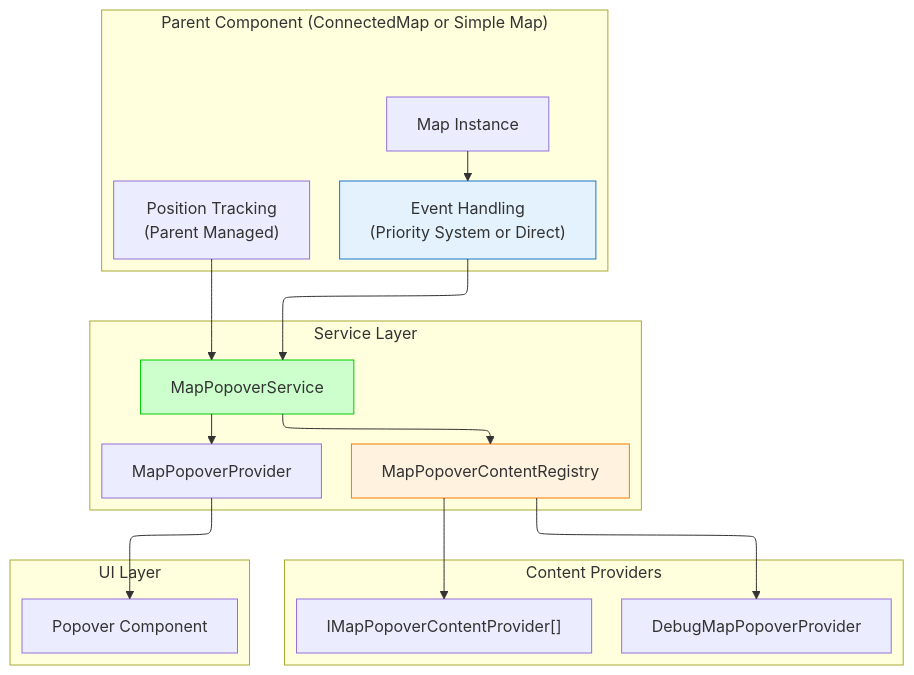
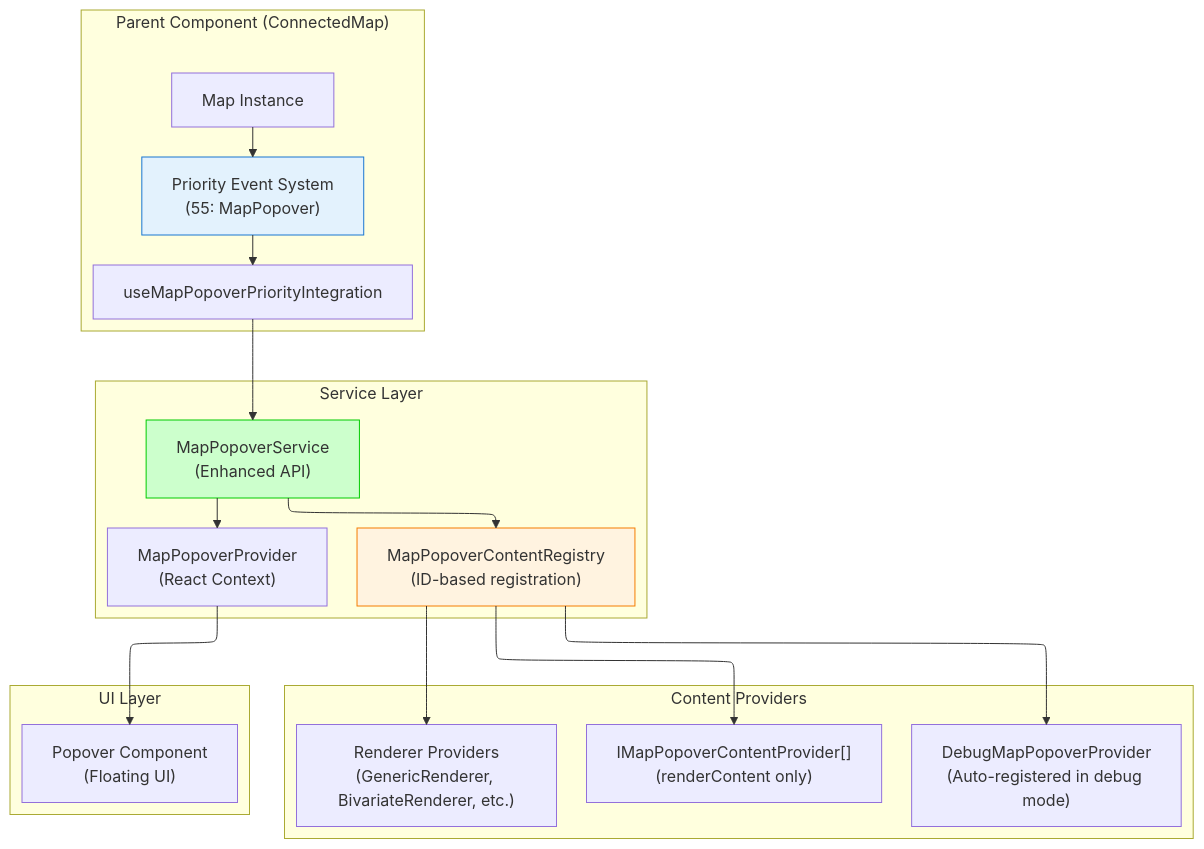
Before and after one commit to konturio/disaster-ninja-fe: the diagram in src/core/map/MapPopover.md, drawn with Mermaid. The commit also changed other lines of this file and 22 other files, not shown here.

````diff
--- a/src/core/map/MapPopover.md
+++ b/src/core/map/MapPopover.md
@@ -7,42 +7,44 @@
 ```mermaid
 ---
 config:
   layout: elk
 ---
 graph TD
-    subgraph "Parent Component (ConnectedMap or Simple Map)"
-        EventHandling["Event Handling<br/>(Priority System or Direct)"]
-        PositionTracking["Position Tracking<br/>(Parent Managed)"]
+    subgraph "Parent Component (ConnectedMap)"
+        PrioritySystem["Priority Event System<br/>(55: MapPopover)"]
+        PriorityHook["useMapPopoverPriorityIntegration"]
         MapInstance["Map Instance"]
     end
 
     subgraph "Service Layer"
-        Service["MapPopoverService"]
-        Registry["MapPopoverContentRegistry"]
-        Provider["MapPopoverProvider"]
+        Service["MapPopoverService<br/>(Enhanced API)"]
+        Registry["MapPopoverContentRegistry<br/>(ID-based registration)"]
+        Provider["MapPopoverProvider<br/>(React Context)"]
     end
 
     subgraph "Content Providers"
-        ContentProviders["IMapPopoverContentProvider[]"]
-        DebugProvider["DebugMapPopoverProvider"]
+        ContentProviders["IMapPopoverContentProvider[]<br/>(renderContent only)"]
+        DebugProvider["DebugMapPopoverProvider<br/>(Auto-registered in debug mode)"]
+        RendererProviders["Renderer Providers<br/>(GenericRenderer, BivariateRenderer, etc.)"]
     end
 
     subgraph "UI Layer"
-        PopoverComponent["Popover Component"]
+        PopoverComponent["Popover Component<br/>(Floating UI)"]
     end
 
-    MapInstance --> EventHandling
-    EventHandling --> Service
-    PositionTracking --> Service
+    MapInstance --> PrioritySystem
+    PrioritySystem --> PriorityHook
+    PriorityHook --> Service
 
     Service --> Registry
     Registry --> ContentProviders
     Registry --> DebugProvider
+    Registry --> RendererProviders
 
     Service --> Provider
     Provider --> PopoverComponent
 
-    style EventHandling fill:#e3f2fd,stroke:#1976d2
+    style PrioritySystem fill:#e3f2fd,stroke:#1976d2
     style Service fill:#ccffcc,stroke:#00cc00
     style Registry fill:#fff3e0,stroke:#f57c00
 ```
````
